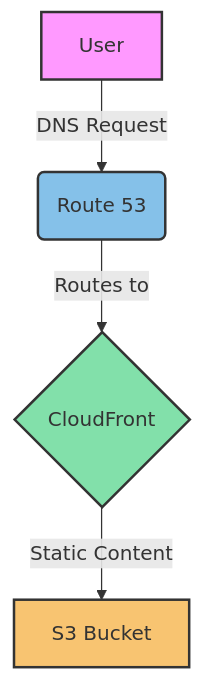
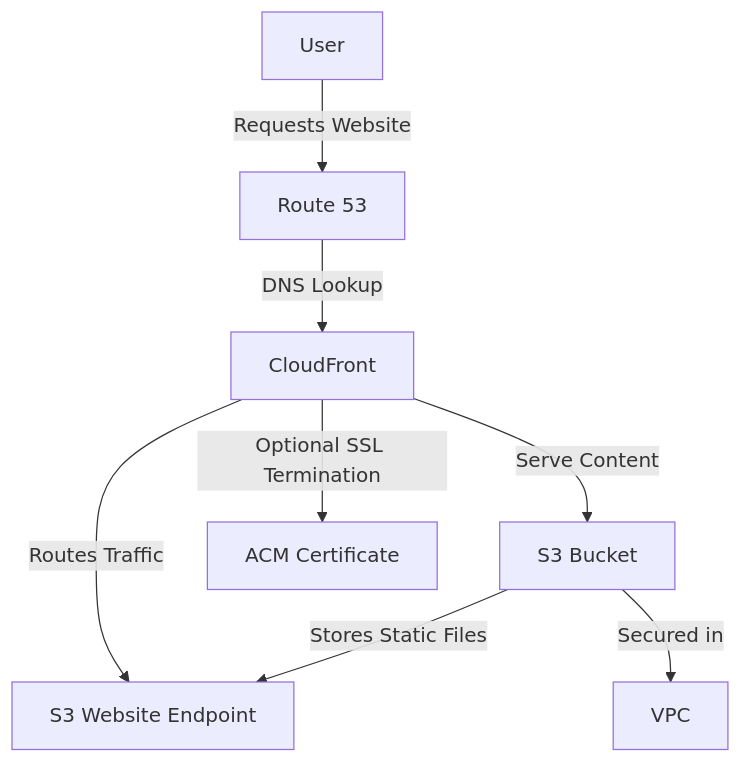
One commit to denydr/aws_single_page_app changed the diagram in README.md. Above: the diagram before and after it, drawn with Mermaid. The commit also changed other lines of this file and 8 other files, not shown here.

````diff
--- a/README.md
+++ b/README.md
@@ -188,11 +21,10 @@
 ```mermaid
 graph TD
-    A[User] -->|DNS Request| B(Route 53)
-    B -->|Routes to| C{CloudFront}
-    C -->|Static Content| D[S3 Bucket]
-    
-    style A fill:#f9f,stroke:#333,stroke-width:2px
-    style B fill:#85C1E9,stroke:#333,stroke-width:2px
-    style C fill:#82E0AA,stroke:#333,stroke-width:2px
-    style D fill:#F8C471,stroke:#333,stroke-width:2px
+    A[User] -->|Requests Website| B[Route 53]
+    B -->|DNS Lookup| C[CloudFront]
+    C -->|Serve Content| D[S3 Bucket]
+    C -->|Optional SSL Termination| E[ACM Certificate]
+    D -->|Stores Static Files| F[S3 Website Endpoint]
+    C -->|Routes Traffic| F
+    D -->|Secured in| G[VPC]
 ```      
````
